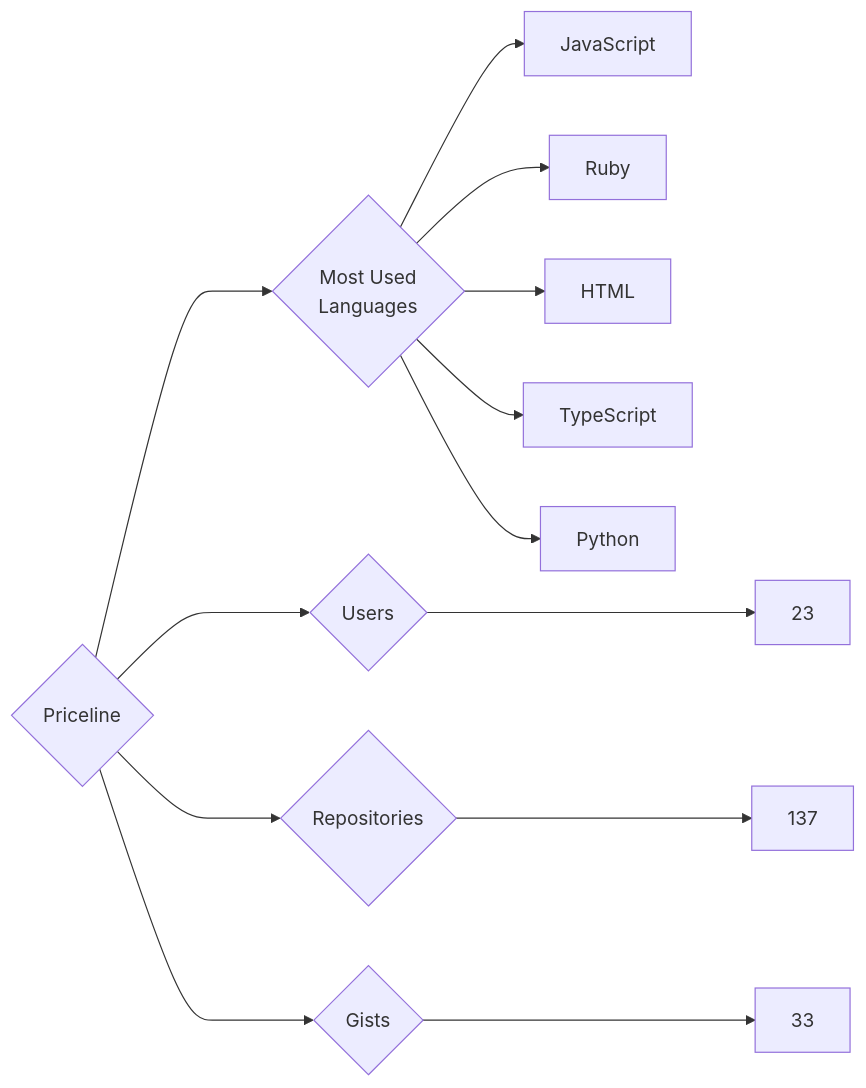
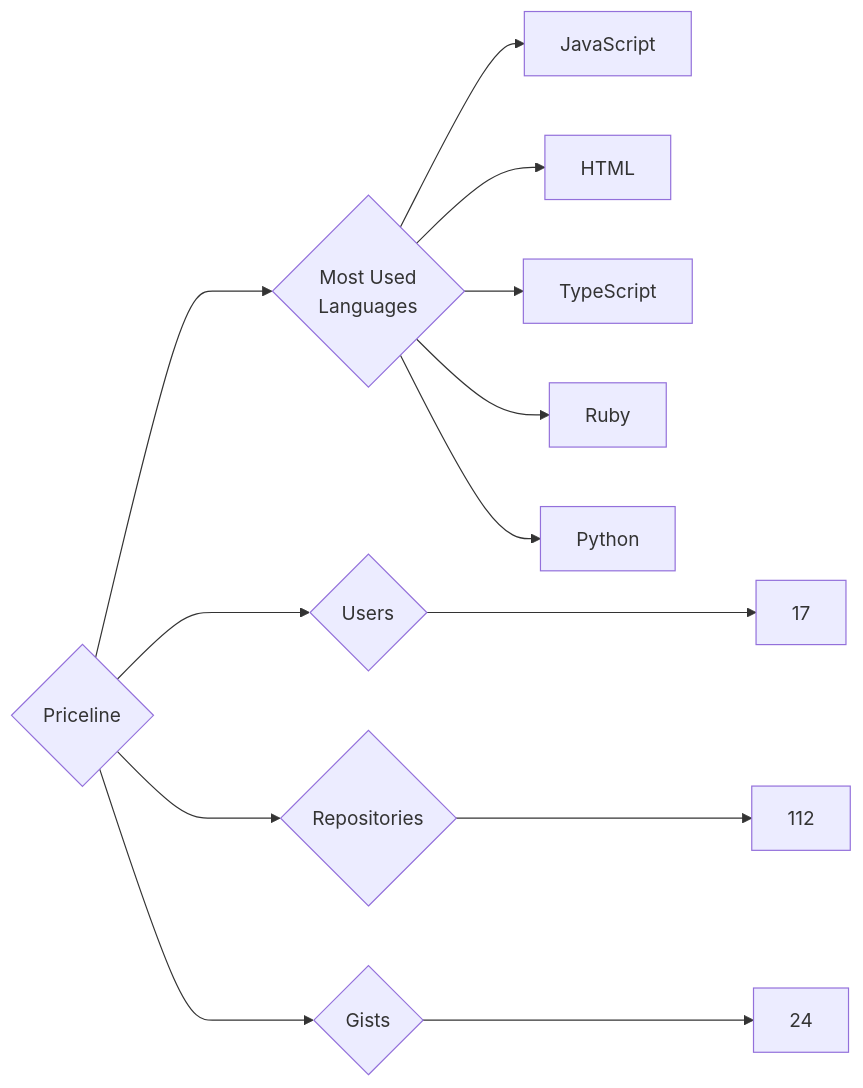
One commit to trickest/insiders changed the diagram in targets/Priceline/README.md. Above: the diagram before and after it, drawn with Mermaid. The commit also changed 928 other files, not shown here.

````diff
--- a/targets/Priceline/README.md
+++ b/targets/Priceline/README.md
@@ -3,13 +3,13 @@
 ```mermaid
 graph LR
 COMPANY_NAME{Priceline}
-COMPANY_NAME ---> U{Users} ---> UN[23]
-COMPANY_NAME ---> R{Repositories} ---> RN[137]
-COMPANY_NAME ---> G{Gists} ---> GN[33]
+COMPANY_NAME ---> U{Users} ---> UN[17]
+COMPANY_NAME ---> R{Repositories} ---> RN[112]
+COMPANY_NAME ---> G{Gists} ---> GN[24]
 COMPANY_NAME ---> ML{Most Used<br>Languages}
 ML --> JavaScript[JavaScript]
-ML --> Ruby[Ruby]
 ML --> HTML[HTML]
 ML --> TypeScript[TypeScript]
+ML --> Ruby[Ruby]
 ML --> Python[Python]
 ```
````
